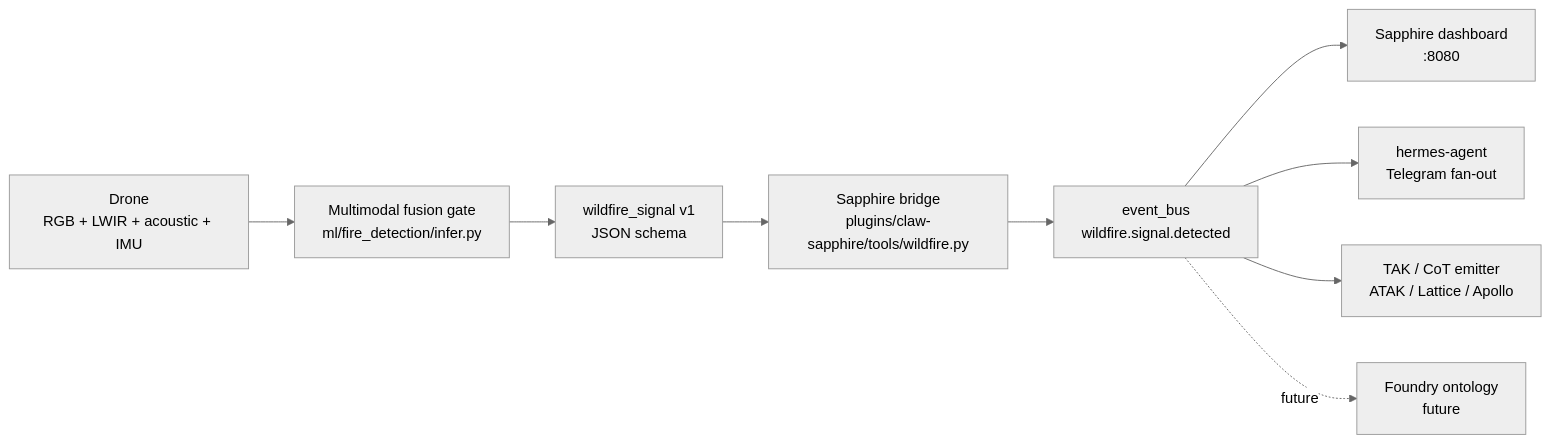
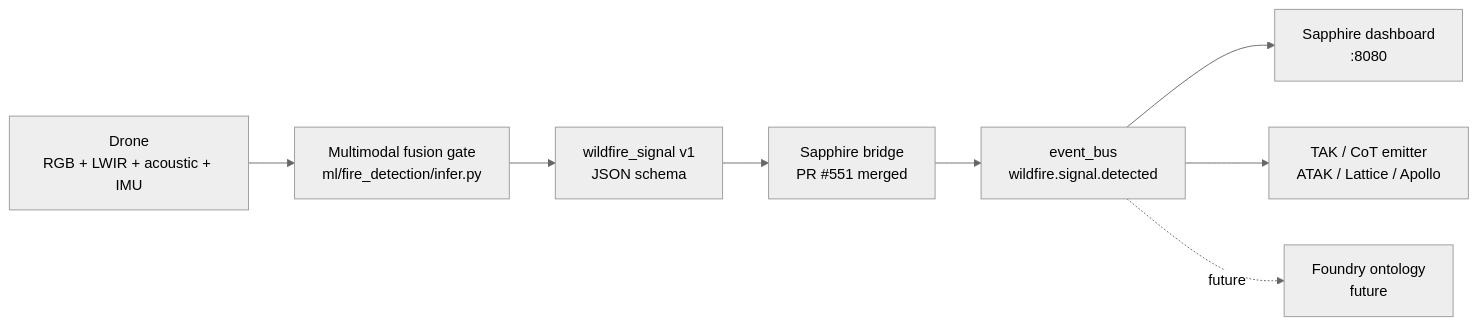
One commit to arigatoexpress/wildfire-watch changed the diagram in README.md. Above: the diagram before and after it, drawn with Mermaid (neutral theme). The commit also changed other lines of this file, not shown here.

````diff
--- a/README.md
+++ b/README.md
@@ -73,21 +75,16 @@
 ```mermaid
 flowchart LR
     Drone[Drone<br/>RGB + LWIR + acoustic + IMU]
     Fusion[Multimodal fusion gate<br/>ml/fire_detection/infer.py]
     Schema[wildfire_signal v1<br/>JSON schema]
-    Bridge[Sapphire bridge<br/>plugins/claw-sapphire/tools/wildfire.py]
+    Bridge[Sapphire bridge<br/>PR #551 merged]
     EventBus[event_bus<br/>wildfire.signal.detected]
     Dash[Sapphire dashboard<br/>:8080]
-    Telegram[hermes-agent<br/>Telegram fan-out]
     TAK[TAK / CoT emitter<br/>ATAK / Lattice / Apollo]
     Foundry[Foundry ontology<br/>future]
 
-    Drone --> Fusion
-    Fusion --> Schema
-    Schema --> Bridge
-    Bridge --> EventBus
+    Drone --> Fusion --> Schema --> Bridge --> EventBus
     EventBus --> Dash
-    EventBus --> Telegram
     EventBus --> TAK
     EventBus -.future.-> Foundry
 ```
````
